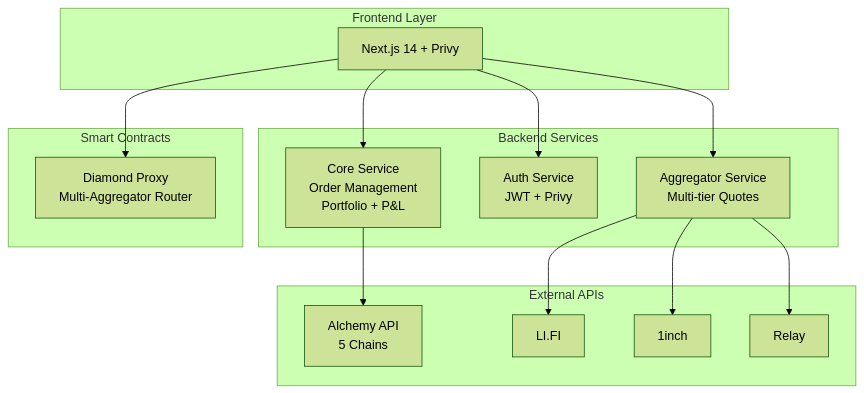
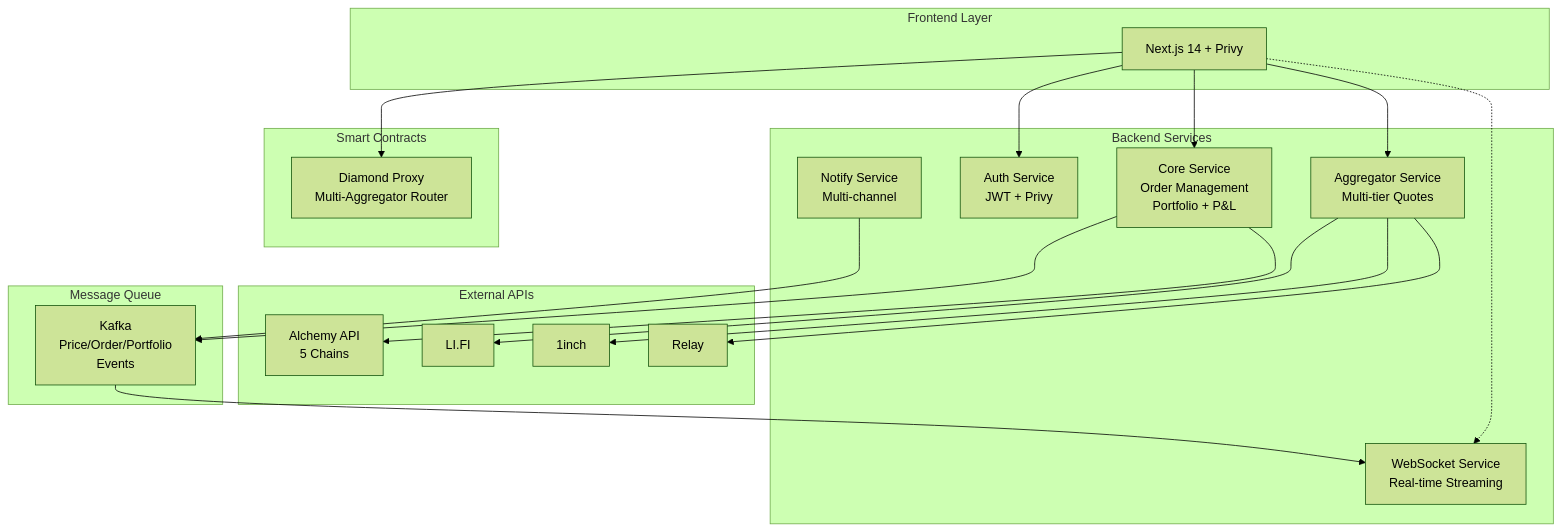
Before and after one commit to 0xsyncroot/moonx-farm: the diagram in PROJECT_STRUCTURE.md, drawn with Mermaid (forest theme). The commit also changed other lines of this file and 298 other files, not shown here.

````diff
--- a/PROJECT_STRUCTURE.md
+++ b/PROJECT_STRUCTURE.md
@@ -977,32 +1068,42 @@
 ```mermaid
 graph TB
     subgraph "Frontend Layer"
         FE[Next.js 14 + Privy]
     end
     
     subgraph "Backend Services"
         CORE[Core Service<br/>Order Management<br/>Portfolio + P&L]
         AUTH[Auth Service<br/>JWT + Privy]
         AGG[Aggregator Service<br/>Multi-tier Quotes]
+        WS[WebSocket Service<br/>Real-time Streaming]
+        NOTIFY[Notify Service<br/>Multi-channel]
     end
     
     subgraph "Smart Contracts"
         DIAMOND[Diamond Proxy<br/>Multi-Aggregator Router]
     end
     
     subgraph "External APIs"
         ALCHEMY[Alchemy API<br/>5 Chains]
         LIFI[LI.FI]
         ONEINCH[1inch] 
         RELAY[Relay]
     end
     
+    subgraph "Message Queue"
+        KAFKA[Kafka<br/>Price/Order/Portfolio<br/>Events]
+    end
+    
     FE --> CORE
     FE --> AUTH
     FE --> AGG
+    FE -.-> WS
     FE --> DIAMOND
     CORE --> ALCHEMY
     AGG --> LIFI
     AGG --> ONEINCH
     AGG --> RELAY
+    KAFKA --> WS
+    CORE --> KAFKA
+    NOTIFY --> KAFKA
 ```
````
